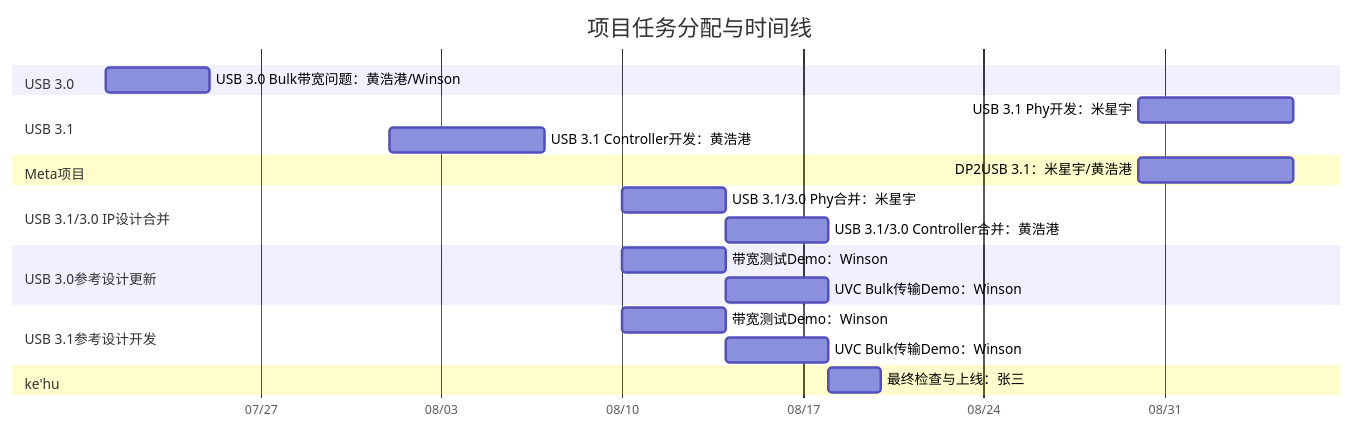
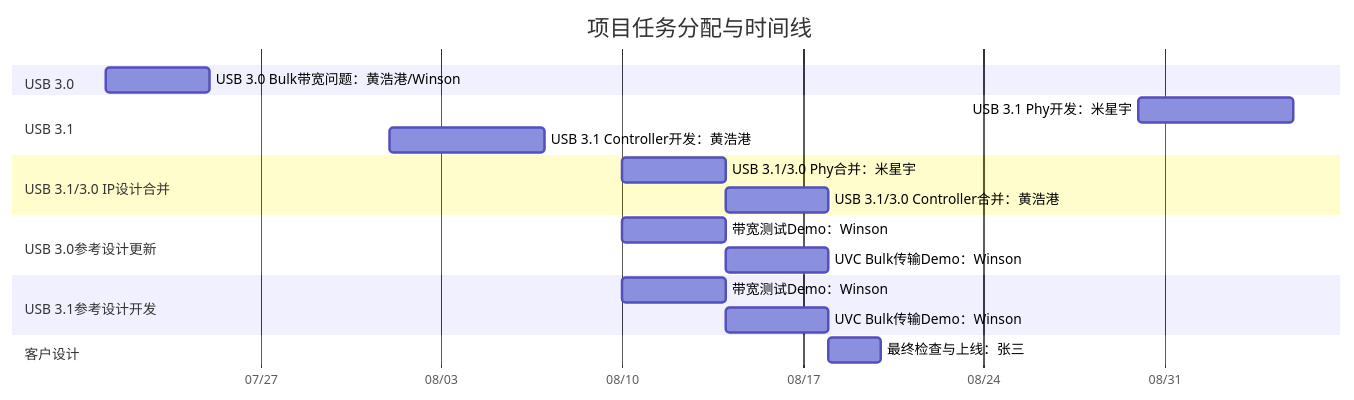
Before and after one commit to winsonbook/iodraw-files: the diagram in all/未命名.md, drawn with Mermaid.

Commit message:
2025-07-21 10:05:01 update

````diff
--- a/all/未命名.md
+++ b/all/未命名.md
@@ -1,32 +1,32 @@
 ```mermaid
 gantt
     title 项目任务分配与时间线
     dateFormat  YYYY-MM-DD
     axisFormat  %m/%d
 
     section USB 3.0
     USB 3.0 Bulk带宽问题：黄浩港/Winson   :    task1, 2025-07-21, 4d
 
     section USB 3.1
     USB 3.1 Phy开发：米星宇      :         task2, 2025-08-30, 6d
     USB 3.1 Controller开发：黄浩港      :  task3, 2025-08-01, 6d
 
     section Meta项目
-    DP2USB 3.1：米星宇/黄浩港      :         task4, 2025-08-30, 6d
+
 
     section USB 3.1/3.0 IP设计合并
     USB 3.1/3.0 Phy合并：米星宇       :    task5, 2025-08-10, 4d
     USB 3.1/3.0 Controller合并：黄浩港:    task6, 2025-08-14, 4d
 
     section USB 3.0参考设计更新
     带宽测试Demo：Winson       :         task7, 2025-08-10, 4d
     UVC Bulk传输Demo：Winson   :        task8, 2025-08-14, 4d
 
     section USB 3.1参考设计开发
     带宽测试Demo：Winson       :         task9, 2025-08-10, 4d
     UVC Bulk传输Demo：Winson   :         task19, 2025-08-14, 4d
 
-    section ke'hu
+    section 客户设计
     最终检查与上线：张三 :         task8, 2025-08-18, 2d
 
 ```
````
